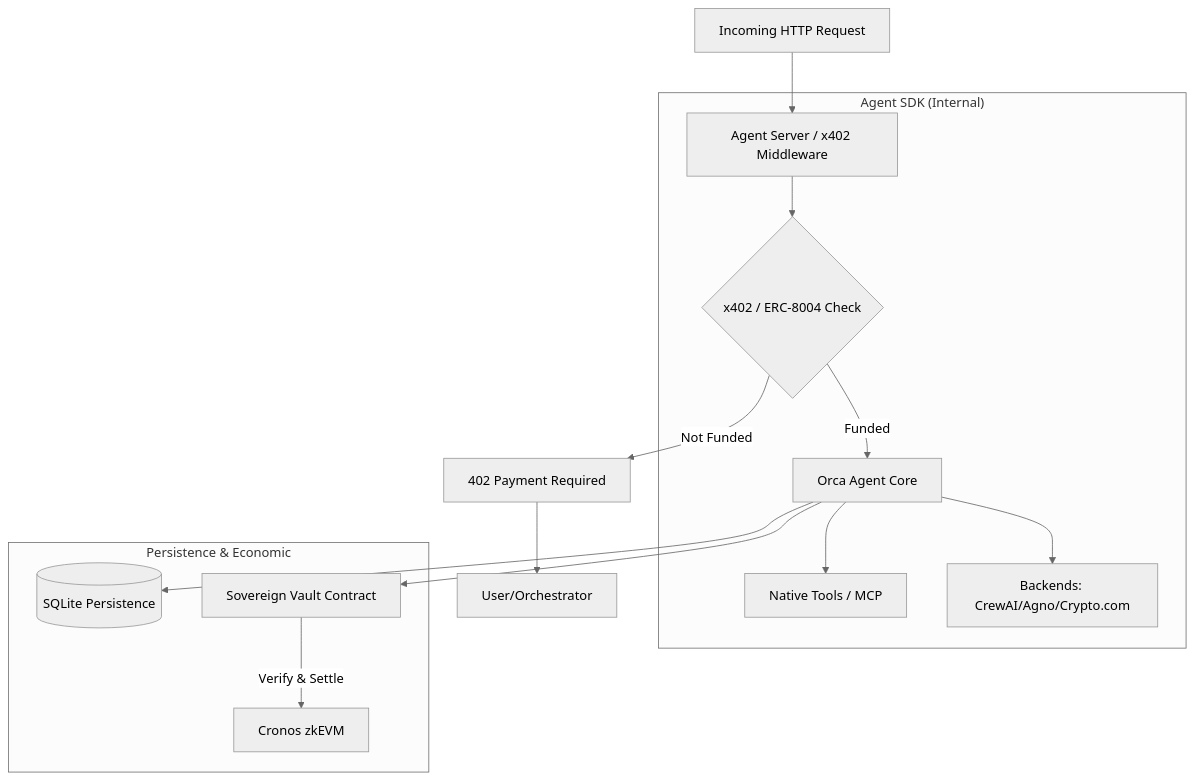
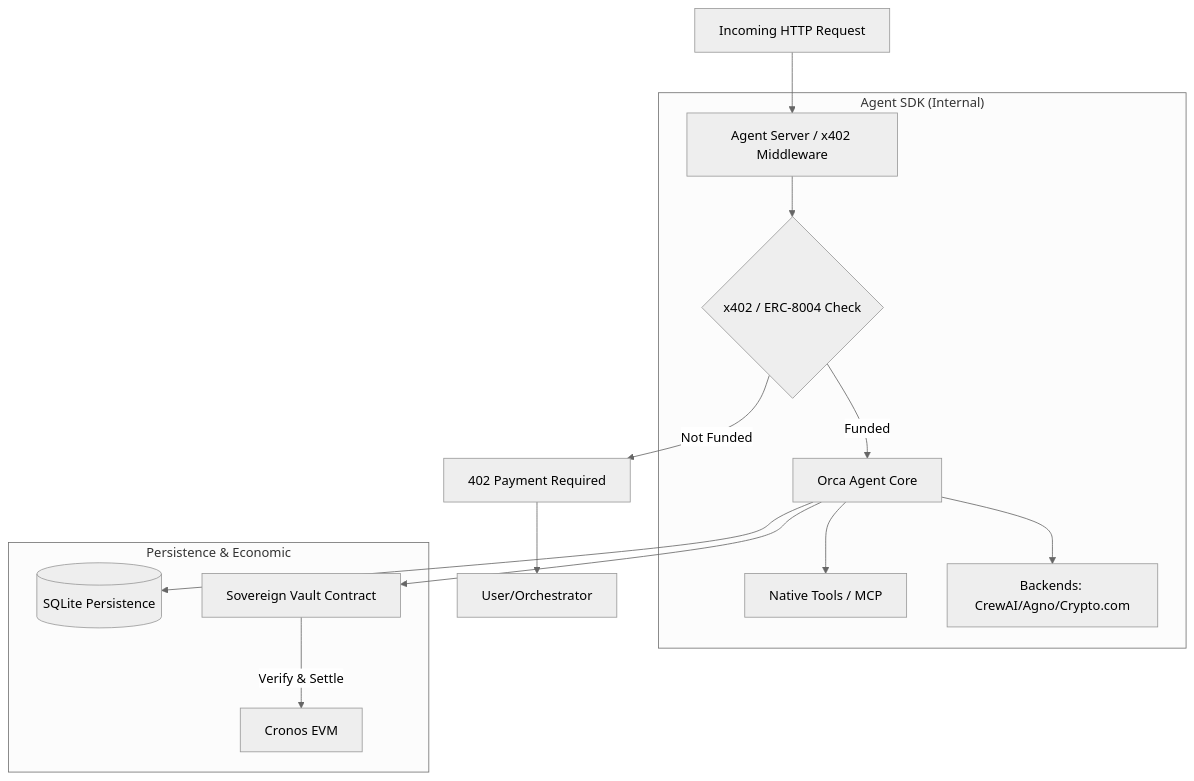
The diagram in README.md (0rca-network/0rca-agent-sdk), drawn with Mermaid (neutral theme) before and after one commit.

````diff
--- a/README.md
+++ b/README.md
@@ -12,20 +12,20 @@
 ```mermaid
 graph TD
     Req[Incoming HTTP Request] --> Server[Agent Server / x402 Middleware]
     
     subgraph "Agent SDK (Internal)"
         Server --> Auth{x402 / ERC-8004 Check}
         Auth -->|Funded| Core[Orca Agent Core]
         Core --> Tools[Native Tools / MCP]
         Core --> Backends[Backends: CrewAI/Agno/Crypto.com]
     end
     
     subgraph "Persistence & Economic"
         Core --> Logs[(SQLite Persistence)]
         Core --> Vault[Sovereign Vault Contract]
-        Vault -->|Verify & Settle| Blockchain[Cronos zkEVM]
+        Vault -->|Verify & Settle| Blockchain[Cronos EVM]
     end
     
     Auth -->|Not Funded| Challenge[402 Payment Required]
     Challenge --> Client[User/Orchestrator]
 ```
````
